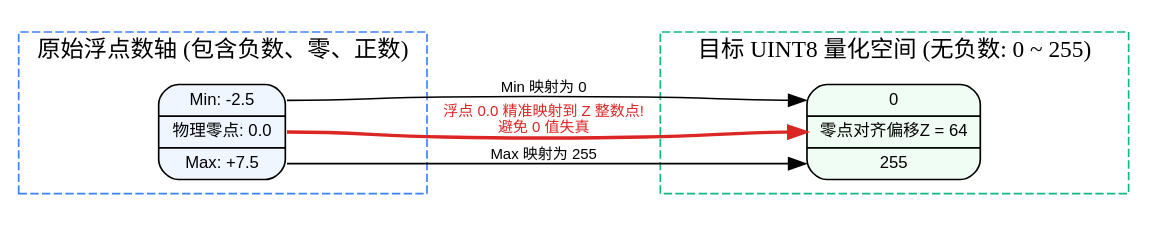
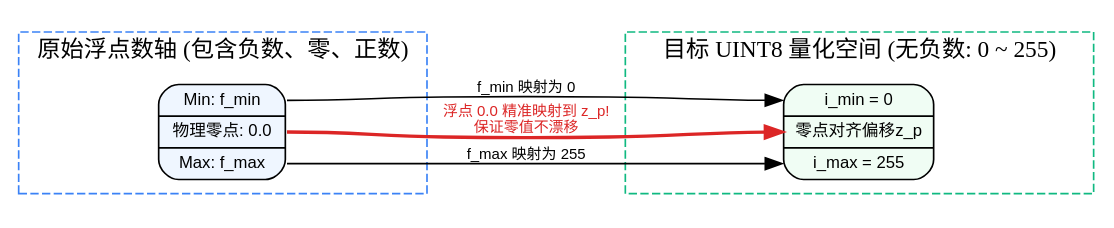
One commit to hqu-little-boy/blog changed the fifth of 7 diagrams in src/content/posts/npu-chip-architecture-operators-and-dataflow-guide.md. Above: the diagram before and after it, drawn with Graphviz. The commit also changed other lines of this file, not shown here.

````diff
--- a/src/content/posts/npu-chip-architecture-operators-and-dataflow-guide.md
+++ b/src/content/posts/npu-chip-architecture-operators-and-dataflow-guide.md
@@ -556,25 +655,25 @@
 ```graphviz
 digraph quant_zero_point {
     rankdir=LR;
     node [shape=record, fontname="sans-serif", fontsize=10];
     edge [fontname="sans-serif", fontsize=9];
 
     subgraph cluster_fp {
         label = "原始浮点数轴 (包含负数、零、正数)";
         style = dashed;
         color = "#3b82f6";
-        fp_axis [label="<min> Min: -2.5 | <zero> 物理零点: 0.0 | <max> Max: +7.5", fillcolor="#eff6ff", style="filled,rounded"];
+        fp_axis [label="<min> Min: f_min | <zero> 物理零点: 0.0 | <max> Max: f_max", fillcolor="#eff6ff", style="filled,rounded"];
     }
 
     subgraph cluster_int {
         label = "目标 UINT8 量化空间 (无负数: 0 ~ 255)";
         style = dashed;
         color = "#10b981";
-        int_axis [label="<q0> 0 | <zq> 零点对齐偏移 Z = 64 | <q255> 255", fillcolor="#f0fdf4", style="filled,rounded"];
+        int_axis [label="<q0> i_min = 0 | <zq> 零点对齐偏移 z_p | <q255> i_max = 255", fillcolor="#f0fdf4", style="filled,rounded"];
     }
 
-    fp_axis:min -> int_axis:q0 [label="Min 映射为 0"];
-    fp_axis:zero -> int_axis:zq [label="浮点 0.0 精准映射到 Z 整数点!\n避免 0 值失真", color="#dc2626", fontcolor="#dc2626", style="bold"];
-    fp_axis:max -> int_axis:q255 [label="Max 映射为 255"];
+    fp_axis:min -> int_axis:q0 [label="f_min 映射为 0"];
+    fp_axis:zero -> int_axis:zq [label="浮点 0.0 精准映射到 z_p!\n保证零值不漂移", color="#dc2626", fontcolor="#dc2626", style="bold"];
+    fp_axis:max -> int_axis:q255 [label="f_max 映射为 255"];
 }
 ```
````
